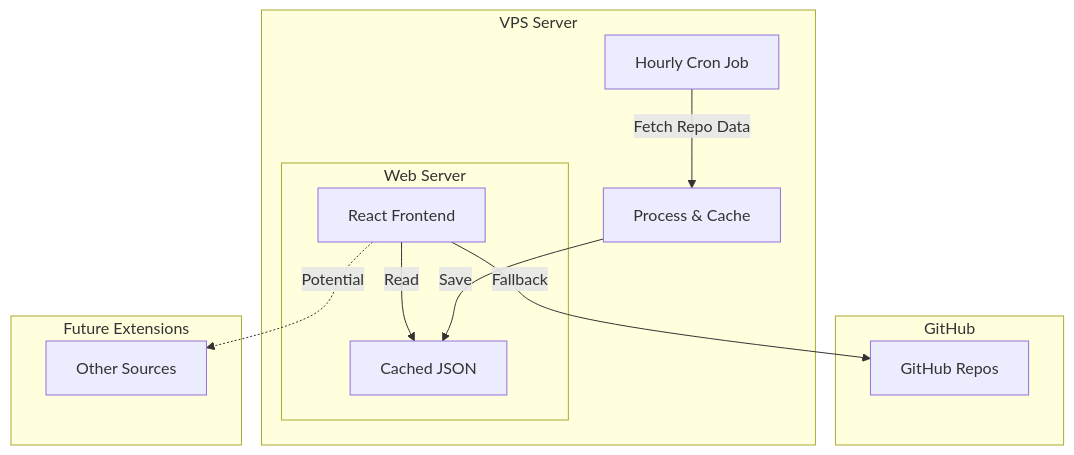
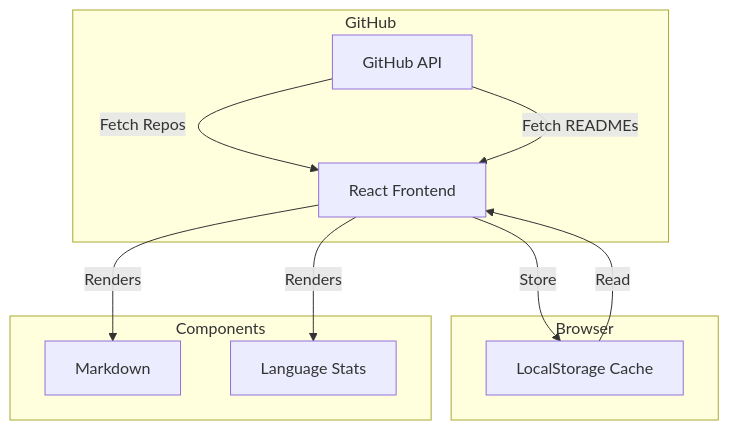
Before and after one commit to matthewabbott/personal-kb: the first of 2 diagrams in README.md, drawn with Mermaid. The commit also changed other lines of this file, not shown here.

````diff
--- a/README.md
+++ b/README.md
@@ -7,19 +7,17 @@
 ```mermaid
 flowchart TD
     subgraph GitHub
-        GH[GitHub Repos]
+        GH[GitHub API] --> |Fetch Repos| FE
+        GH --> |Fetch READMEs| FE
     end
 
-    subgraph "VPS Server"
-        CRON[Hourly Cron Job] --> |Fetch Repo Data| P[Process & Cache]
-        P --> |Save| C[Cached JSON]
-        subgraph "Web Server"
-            FE[React Frontend] --> |Read| C
-            FE --> |Fallback| GH
-        end
+    subgraph "Browser"
+        FE[React Frontend] --> |Store| LC[LocalStorage Cache]
+        LC --> |Read| FE
     end
 
-    subgraph "Future Extensions"
-        FE -.-> |Potential| OT[Other Sources]
+    subgraph "Components"
+        FE --> |Renders| MD[Markdown]
+        FE --> |Renders| LS[Language Stats]
     end
 ```
````
